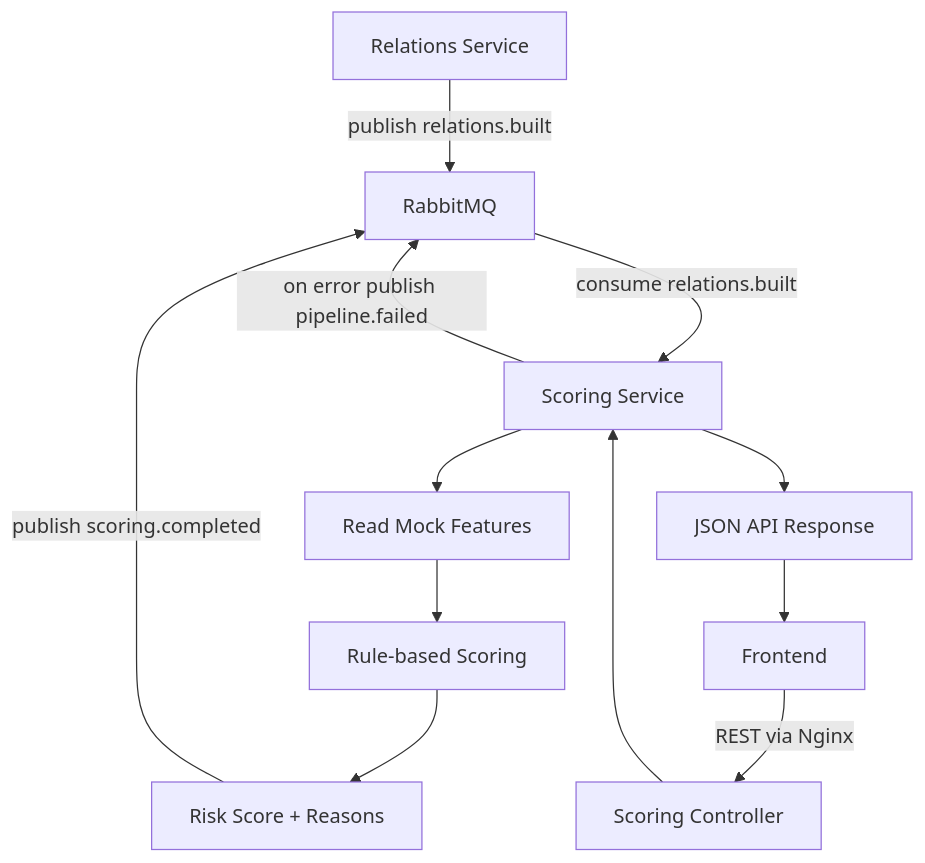
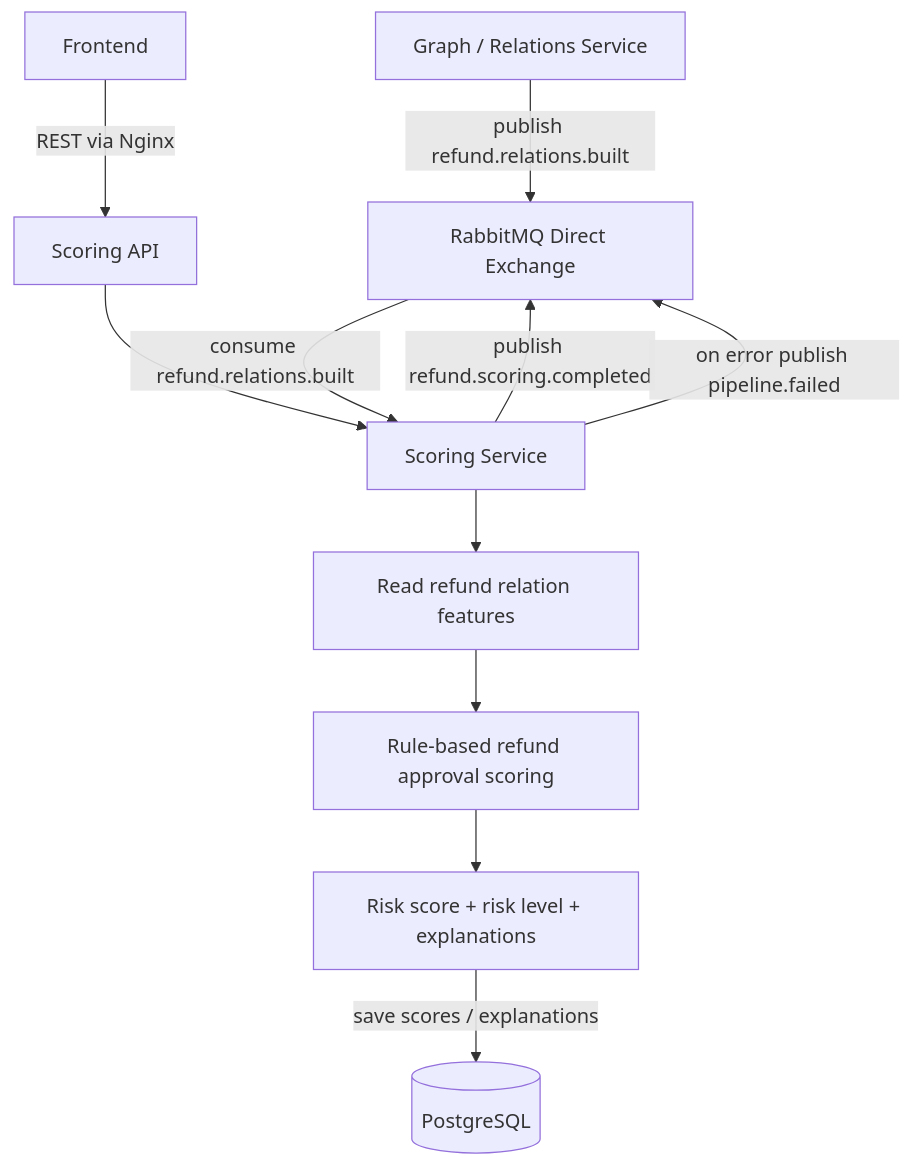
Before and after one commit to suxarikiii/Anti-Frod-Detector: the diagram in backend/scoring-service/README.md, drawn with Mermaid. The commit also changed other lines of this file and 12 other files, not shown here.

Commit message:
docs: align documentation with refund approval domain

````diff
--- a/backend/scoring-service/README.md
+++ b/backend/scoring-service/README.md
@@ -22,17 +18,16 @@
 ```mermaid
 flowchart TD
-    A[Relations Service] -->|publish relations.built| B[RabbitMQ]
-    B -->|consume relations.built| C[Scoring Service]
+    A[Graph / Relations Service] -->|publish refund.relations.built| B[RabbitMQ Direct Exchange]
+    B -->|consume refund.relations.built| C[Scoring Service]
 
-    C --> D[Read Mock Features]
-    D --> E[Rule-based Scoring]
-    E --> F[Risk Score + Reasons]
+    C --> D[Read refund relation features]
+    D --> E[Rule-based refund approval scoring]
+    E --> F[Risk score + risk level + explanations]
 
-    F -->|publish scoring.completed| B
+    F -->|save scores / explanations| G[(PostgreSQL)]
+    C -->|publish refund.scoring.completed| B
     C -->|on error publish pipeline.failed| B
 
-    G[Frontend] -->|REST via Nginx| H[Scoring Controller]
-    H --> C
-    C --> I[JSON API Response]
-    I --> G
+    H[Frontend] -->|REST via Nginx| I[Scoring API]
+    I --> C
 ```
````
